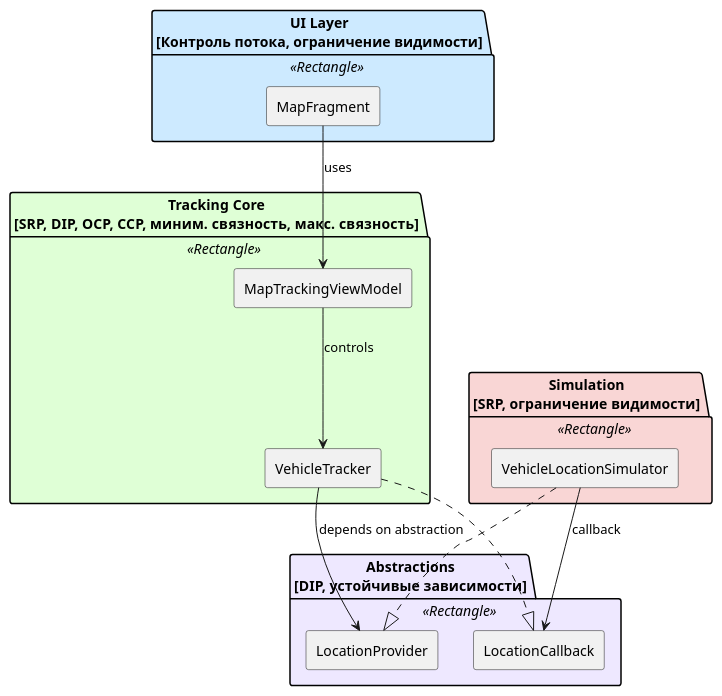
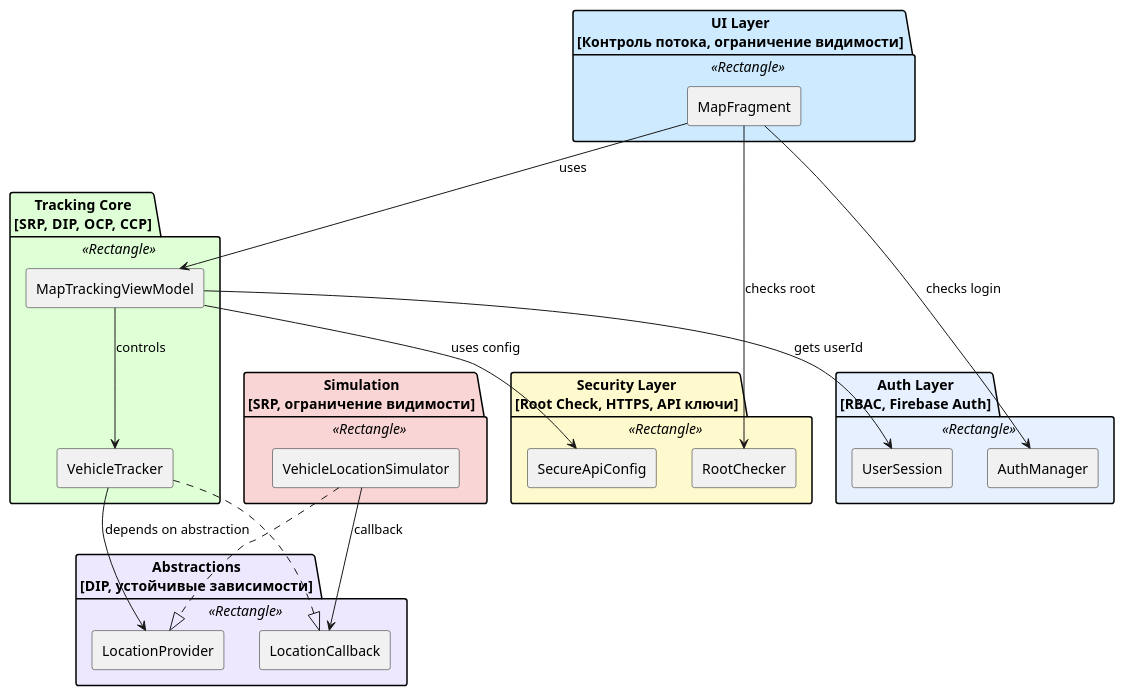
Before and after one commit to seruyvodoley/vehicle_tracking: the diagram in app/src/main/java/com/example/vehicletracking/fragments/components.puml, drawn with PlantUML. The commit also changed 6 other files, not shown here.

Commit message:
added security properties, https and realtime tracking from saved coordinates

```diff
--- a/app/src/main/java/com/example/vehicletracking/fragments/components.puml
+++ b/app/src/main/java/com/example/vehicletracking/fragments/components.puml
@@ -1,44 +1,62 @@
 @startuml
 
 skinparam componentStyle rectangle
 skinparam defaultTextAlignment center
 
 ' ==== Цветовая схема ====
 ' #CDEAFF – UI слой (Fragments)
 ' #DFFFD6 – Tracking Core (логика трекинга)
 ' #F9D6D5 – Simulation (генерация координат)
 ' #EEE8FF – Abstractions (интерфейсы и контракты)
+' #FFFACD – Security (root, API ключи, HTTPS)
+' #E6F0FF – Auth (авторизация, RBAC)
 
 ' ==== UI Layer ====
 package "UI Layer\n[Контроль потока, ограничение видимости]" <<Rectangle>> #CDEAFF {
   [MapFragment]
 }
 
 ' ==== Tracking Core ====
-package "Tracking Core\n[SRP, DIP, OCP, CCP, миним. связность, макс. связность]" <<Rectangle>> #DFFFD6 {
+package "Tracking Core\n[SRP, DIP, OCP, CCP]" <<Rectangle>> #DFFFD6 {
   [VehicleTracker]
   [MapTrackingViewModel]
 }
 
 ' ==== Simulation Layer ====
 package "Simulation\n[SRP, ограничение видимости]" <<Rectangle>> #F9D6D5 {
   [VehicleLocationSimulator]
 }
 
 ' ==== Abstractions Layer ====
 package "Abstractions\n[DIP, устойчивые зависимости]" <<Rectangle>> #EEE8FF {
   [LocationProvider]
   [LocationCallback]
 }
 
+' ==== Security Layer ====
+package "Security Layer\n[Root Check, HTTPS, API ключи]" <<Rectangle>> #FFFACD {
+  [RootChecker]
+  [SecureApiConfig]
+}
+
+' ==== Auth Layer ====
+package "Auth Layer\n[RBAC, Firebase Auth]" <<Rectangle>> #E6F0FF {
+  [AuthManager]
+  [UserSession]
+}
+
 ' ==== Directed Dependencies ====
 [MapFragment] --> [MapTrackingViewModel] : uses
+[MapFragment] --> [RootChecker] : checks root
+[MapFragment] --> [AuthManager] : checks login
 [MapTrackingViewModel] --> [VehicleTracker] : controls
+[MapTrackingViewModel] --> [SecureApiConfig] : uses config
+[MapTrackingViewModel] --> [UserSession] : gets userId
 [VehicleTracker] --> [LocationProvider] : depends on abstraction
 [VehicleLocationSimulator] --> [LocationCallback] : callback
 
 ' ==== Interface Implementation ====
 [VehicleLocationSimulator] ..|> [LocationProvider]
 [VehicleTracker] ..|> [LocationCallback]
 
 @enduml
```
